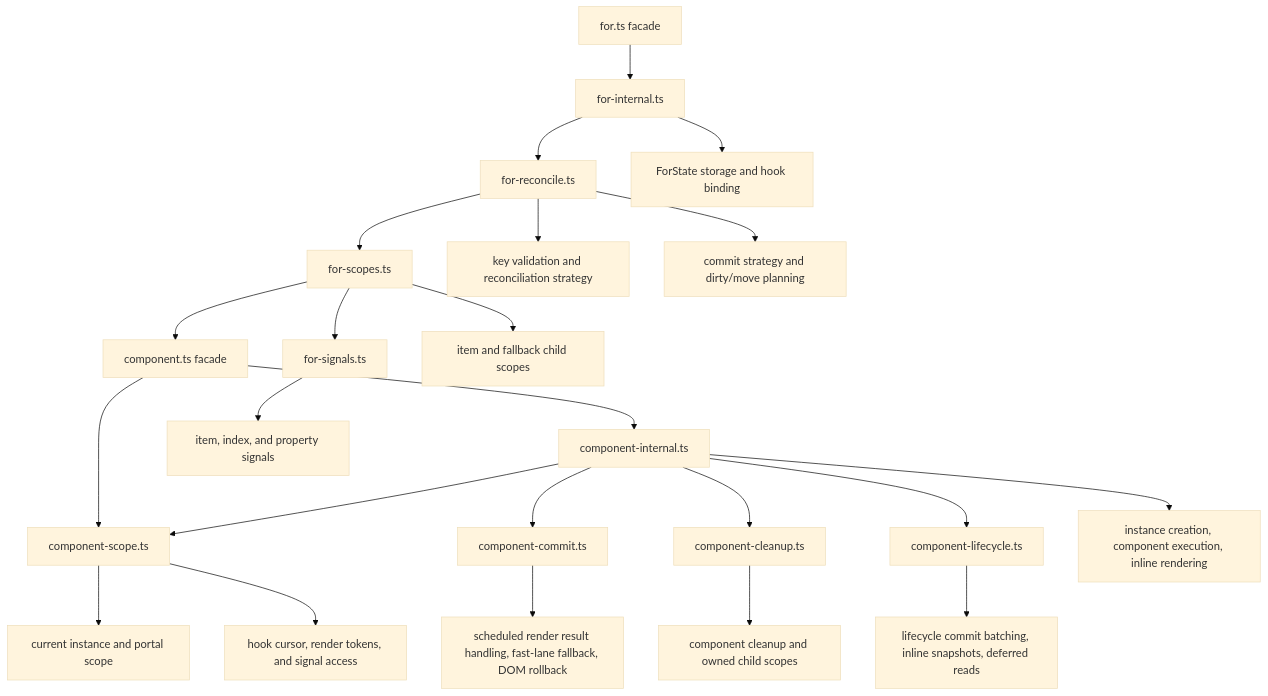
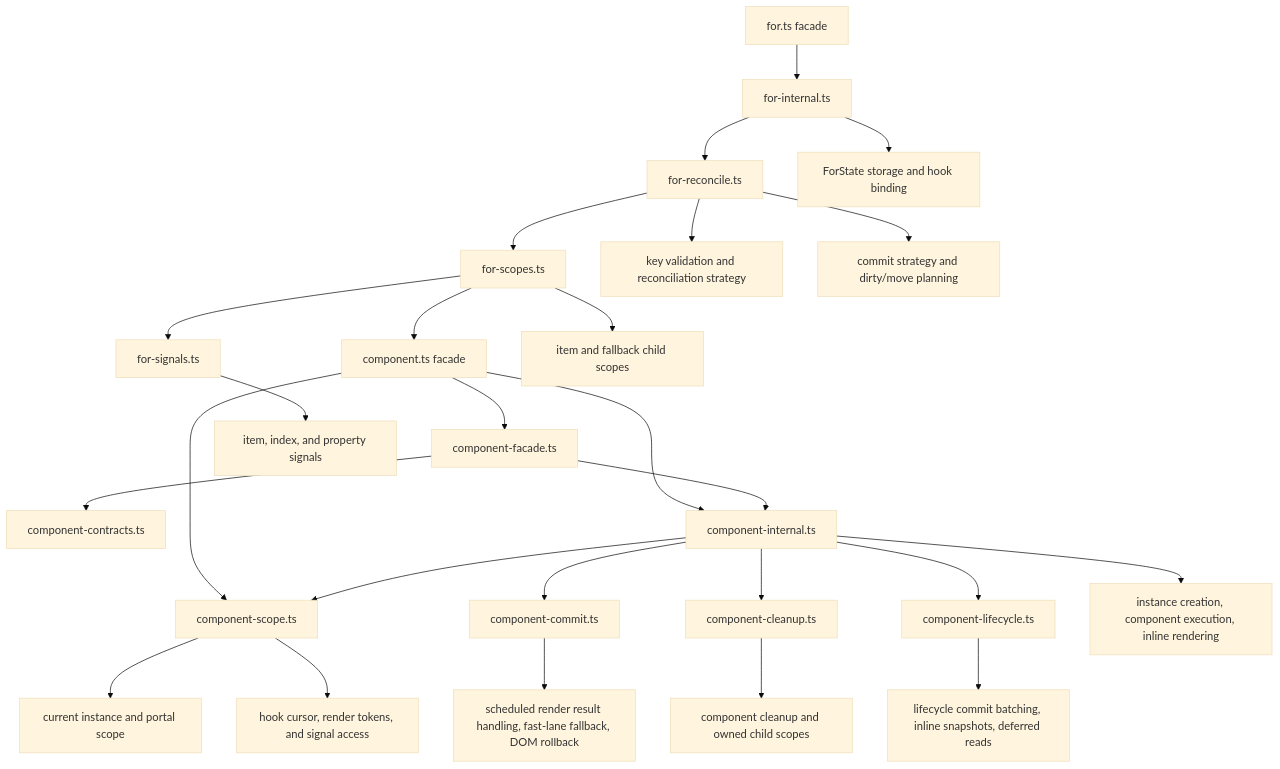
The third of 7 diagrams in docs/internals/runtime-reactivity.md (askrjs/askr), drawn with Mermaid (base theme) before and after one commit. The commit also changed other lines of this file and 105 other files, not shown here.

Commit message:
Clean up runtime architecture boundaries

````diff
--- a/docs/internals/runtime-reactivity.md
+++ b/docs/internals/runtime-reactivity.md
@@ -74,49 +74,54 @@
 ```mermaid
 flowchart TB
   componentFacade[component.ts facade]
+  componentInternalFacade[component-facade.ts]
+  componentContracts[component-contracts.ts]
   componentCore[component-internal.ts]
   componentCleanup[component-cleanup.ts]
   componentScope[component-scope.ts]
   componentCommit[component-commit.ts]
   componentLifecycle[component-lifecycle.ts]
   current[current instance and portal scope]
   renderScope[hook cursor, render tokens, and signal access]
   scheduledCommit[scheduled render result handling, fast-lane fallback, DOM rollback]
   lifecycle[lifecycle commit batching, inline snapshots, deferred reads]
   render[instance creation, component execution, inline rendering]
   cleanup[component cleanup and owned child scopes]
 
   forFacade[for.ts facade]
   forCore[for-internal.ts]
   forReconcile[for-reconcile.ts]
   forScopes[for-scopes.ts]
   forSignals[for-signals.ts]
   forState[ForState storage and hook binding]
   itemSignals[item, index, and property signals]
   reconcile[key validation and reconciliation strategy]
   commitPlanning[commit strategy and dirty/move planning]
   scopeOwnership[item and fallback child scopes]
 
   componentFacade --> componentCore
+  componentFacade --> componentInternalFacade
+  componentInternalFacade --> componentContracts
+  componentInternalFacade --> componentCore
   componentFacade --> componentScope
   componentCore --> componentScope
   componentCore --> componentCommit
   componentCore --> componentCleanup
   componentScope --> current
   componentScope --> renderScope
   componentCore --> componentLifecycle
   componentCommit --> scheduledCommit
   componentLifecycle --> lifecycle
   componentCore --> render
   componentCleanup --> cleanup
   forFacade --> forCore
   forCore --> forState
   forCore --> forReconcile
   forReconcile --> reconcile
   forReconcile --> commitPlanning
   forReconcile --> forScopes
   forScopes --> forSignals
   forSignals --> itemSignals
   forScopes --> scopeOwnership
   forScopes --> componentFacade
 ```
````
